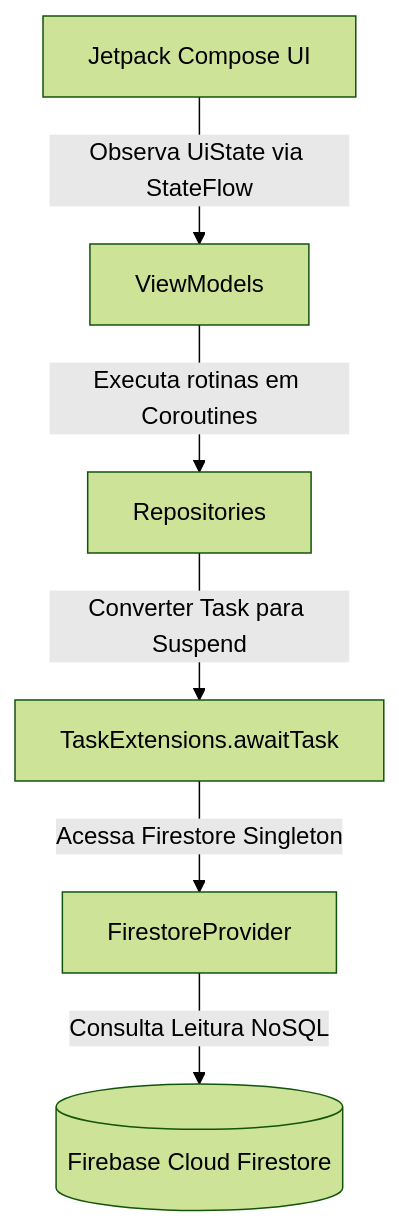
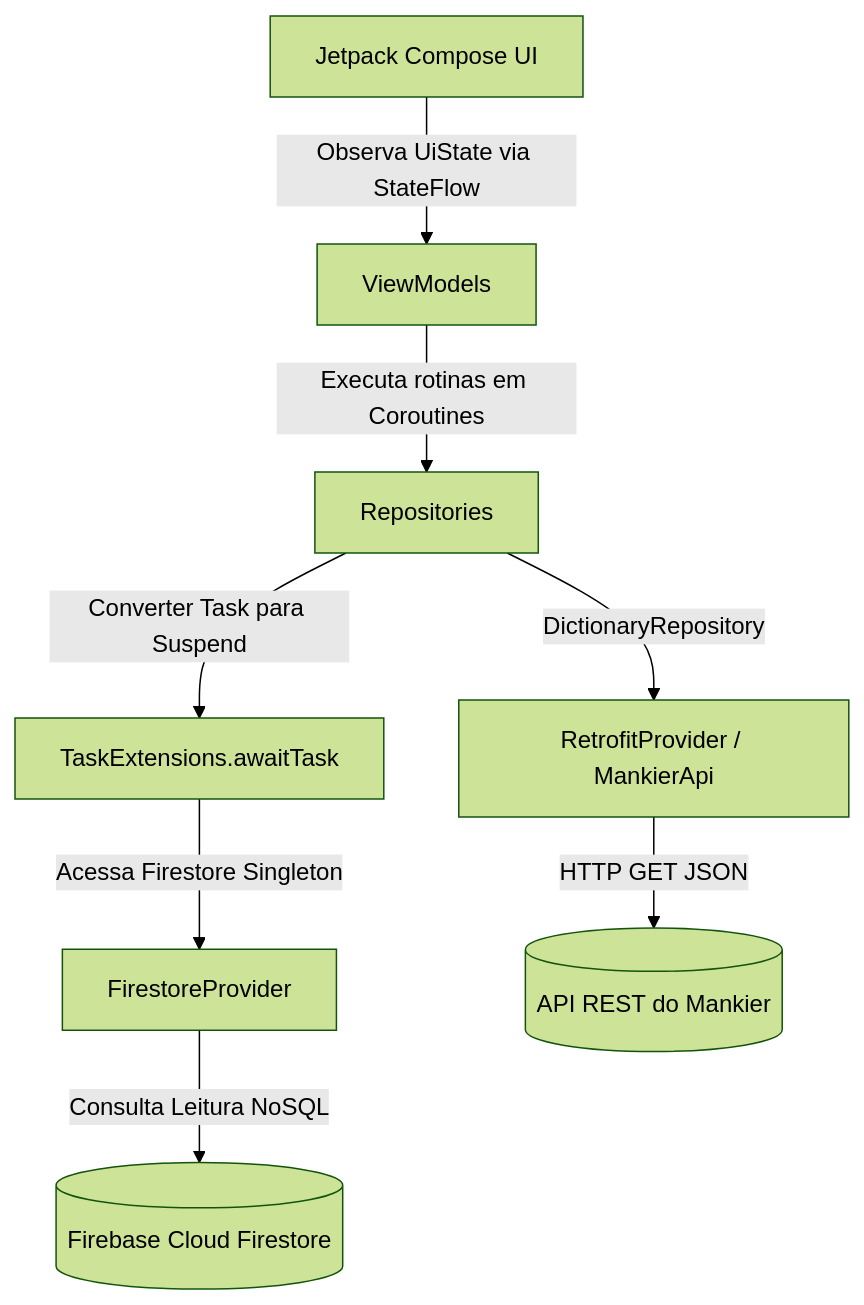
One commit to maneuu/LinuxQuest changed the second of 3 diagrams in docs/05-diagramas.md. Above: the diagram before and after it, drawn with Mermaid (forest theme). The commit also changed 6 other files, not shown here.

Commit message:
docs: fix outdated setup requirements, versions and architecture details

````diff
--- a/docs/05-diagramas.md
+++ b/docs/05-diagramas.md
@@ -31,8 +31,10 @@
 ```mermaid
 graph TD
     UI[Jetpack Compose UI] -->|Observa UiState via StateFlow| VM[ViewModels]
     VM -->|Executa rotinas em Coroutines| REPO[Repositories]
     REPO -->|Converter Task para Suspend| UTIL[TaskExtensions.awaitTask]
     UTIL -->|Acessa Firestore Singleton| FP[FirestoreProvider]
     FP -->|Consulta Leitura NoSQL| FS[(Firebase Cloud Firestore)]
+    REPO -->|DictionaryRepository| RP[RetrofitProvider / MankierApi]
+    RP -->|HTTP GET JSON| MK[(API REST do Mankier)]
 ```
````
